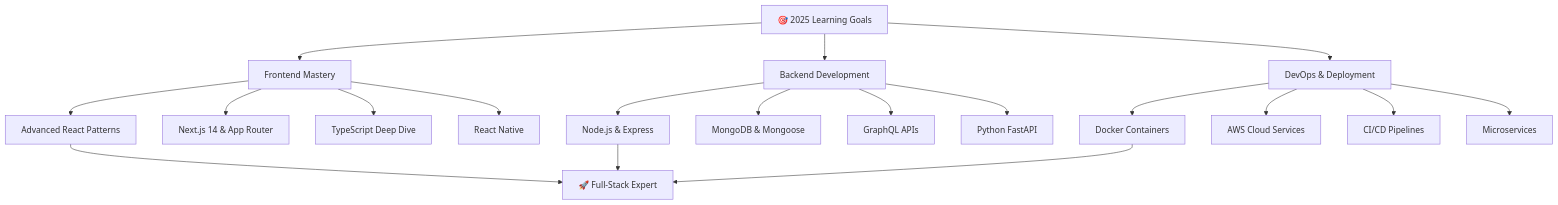
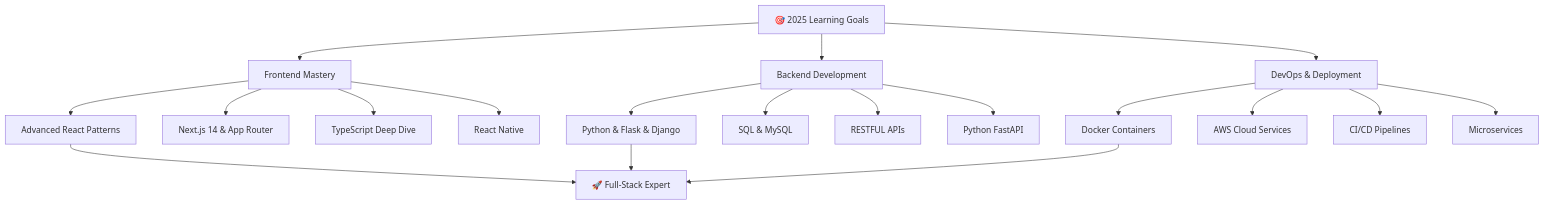
One commit to keerthirajsivashankar/keerthirajsivashankar changed the diagram in README.md. Above: the diagram before and after it, drawn with Mermaid.

Commit message:
Update README.md
updated new goals

````diff
--- a/README.md
+++ b/README.md
@@ -228,25 +228,25 @@
 ```mermaid
 graph TB
     A[🎯 2025 Learning Goals] --> B[Frontend Mastery]
     A --> C[Backend Development]
     A --> D[DevOps & Deployment]
     
     B --> B1[Advanced React Patterns]
     B --> B2[Next.js 14 & App Router]
     B --> B3[TypeScript Deep Dive]
     B --> B4[React Native]
     
-    C --> C1[Node.js & Express]
-    C --> C2[MongoDB & Mongoose]
-    C --> C3[GraphQL APIs]
+    C --> C1[Python & Flask & Django]
+    C --> C2[SQL & MySQL]
+    C --> C3[RESTFUL APIs]
     C --> C4[Python FastAPI]
     
     D --> D1[Docker Containers]
     D --> D2[AWS Cloud Services]
     D --> D3[CI/CD Pipelines]
     D --> D4[Microservices]
     
     B1 --> E[🚀 Full-Stack Expert]
     C1 --> E
     D1 --> E
 ```
````
